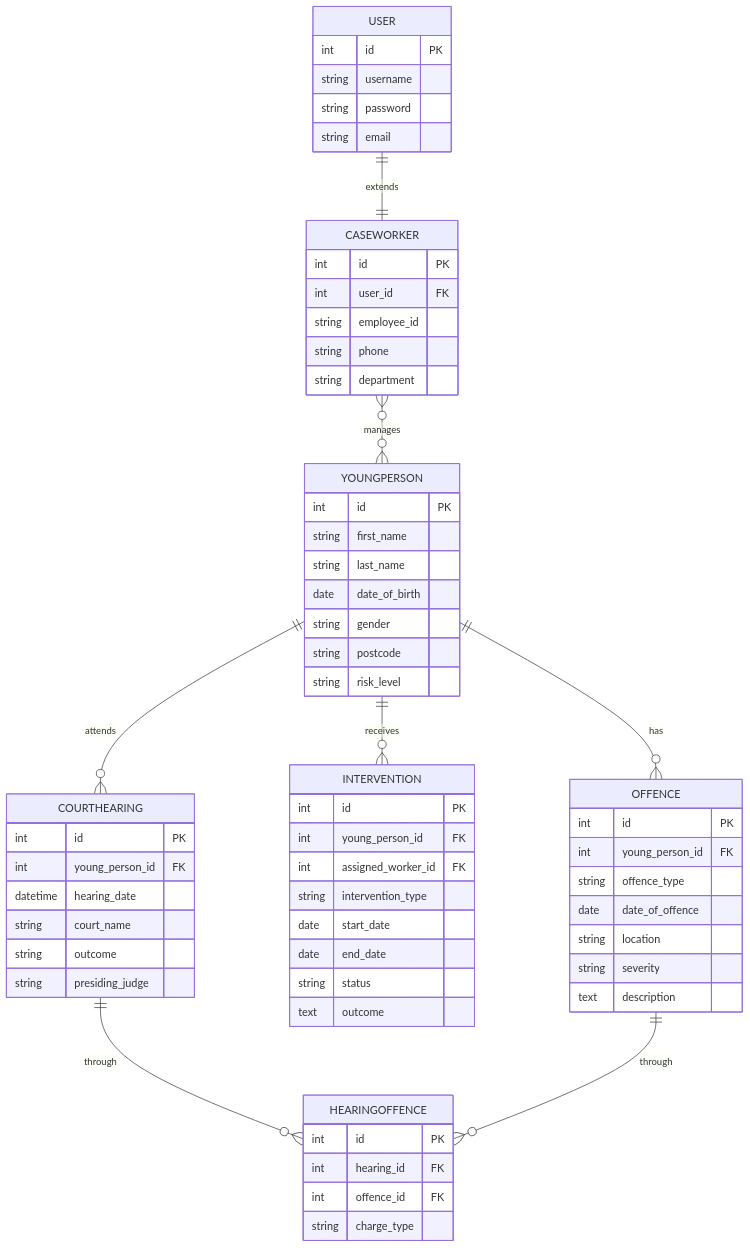
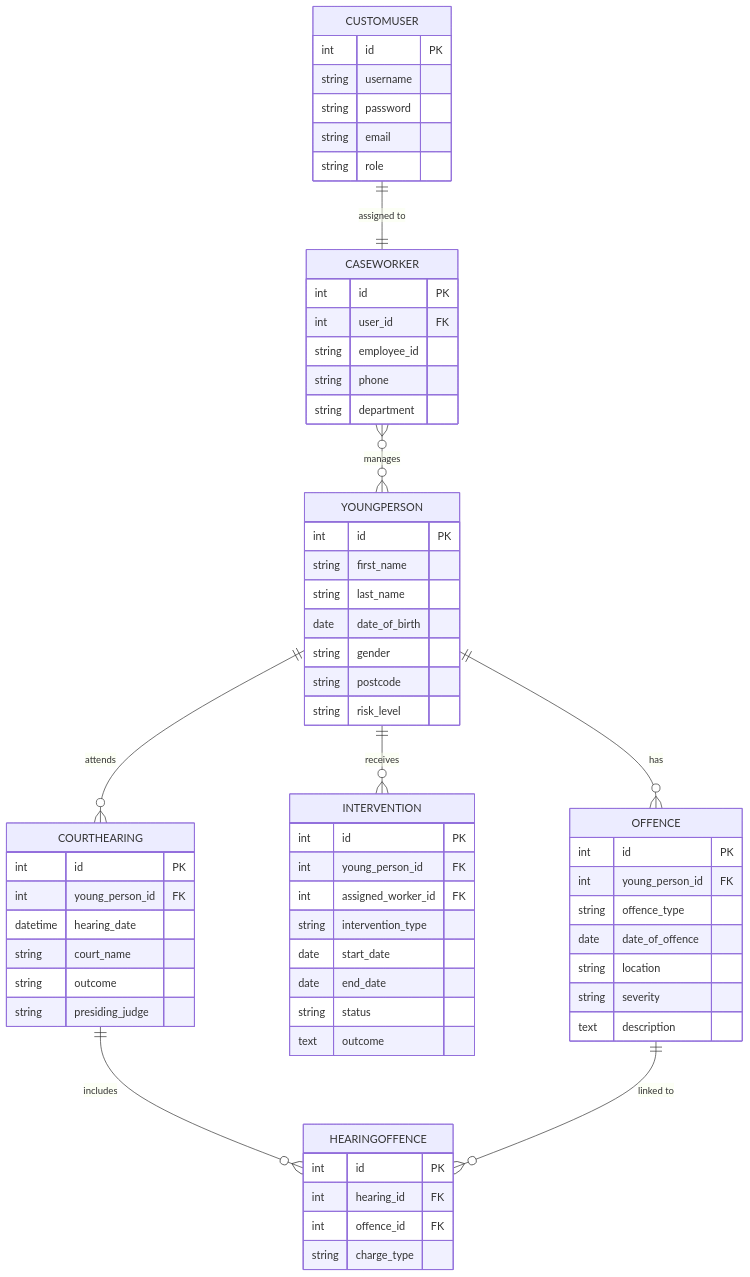
Before and after one commit to susanA10-afk/hit237-group-project-group7: the diagram in assessment4/youthjustice/docs/erd.md, drawn with Mermaid. The commit also changed other lines of this file, not shown here.

Commit message:
Subodh - Updated Assessment 4 ERD Diagram

````diff
--- a/assessment4/youthjustice/docs/erd.md
+++ b/assessment4/youthjustice/docs/erd.md
@@ -18,66 +19,80 @@
 ```mermaid
 erDiagram
-  USER ||--|| CASEWORKER : "extends"
+
+  CUSTOMUSER ||--|| CASEWORKER : "assigned to"
+
   CASEWORKER }o--o{ YOUNGPERSON : "manages"
+
   YOUNGPERSON ||--o{ OFFENCE : "has"
+
   YOUNGPERSON ||--o{ INTERVENTION : "receives"
+
   YOUNGPERSON ||--o{ COURTHEARING : "attends"
-  COURTHEARING ||--o{ HEARINGOFFENCE : "through"
-  OFFENCE ||--o{ HEARINGOFFENCE : "through"
 
-  USER {
+  COURTHEARING ||--o{ HEARINGOFFENCE : "includes"
+
+  OFFENCE ||--o{ HEARINGOFFENCE : "linked to"
+
+  CUSTOMUSER {
     int id PK
     string username
     string password
     string email
+    string role
   }
+
   CASEWORKER {
     int id PK
     int user_id FK
     string employee_id
     string phone
     string department
   }
+
   YOUNGPERSON {
     int id PK
     string first_name
     string last_name
     date date_of_birth
     string gender
     string postcode
     string risk_level
   }
+
   OFFENCE {
     int id PK
     int young_person_id FK
     string offence_type
     date date_of_offence
     string location
     string severity
     text description
   }
+
   INTERVENTION {
     int id PK
     int young_person_id FK
     int assigned_worker_id FK
     string intervention_type
     date start_date
     date end_date
     string status
     text outcome
   }
+
   COURTHEARING {
     int id PK
     int young_person_id FK
     datetime hearing_date
     string court_name
     string outcome
     string presiding_judge
   }
+
   HEARINGOFFENCE {
     int id PK
     int hearing_id FK
     int offence_id FK
     string charge_type
   }
 ```
````
